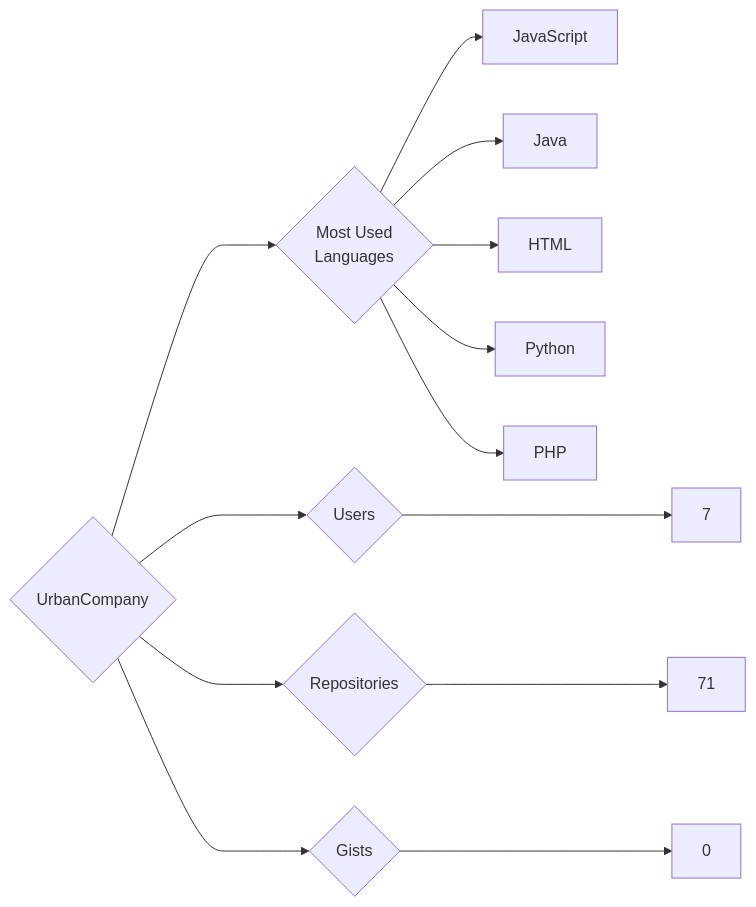
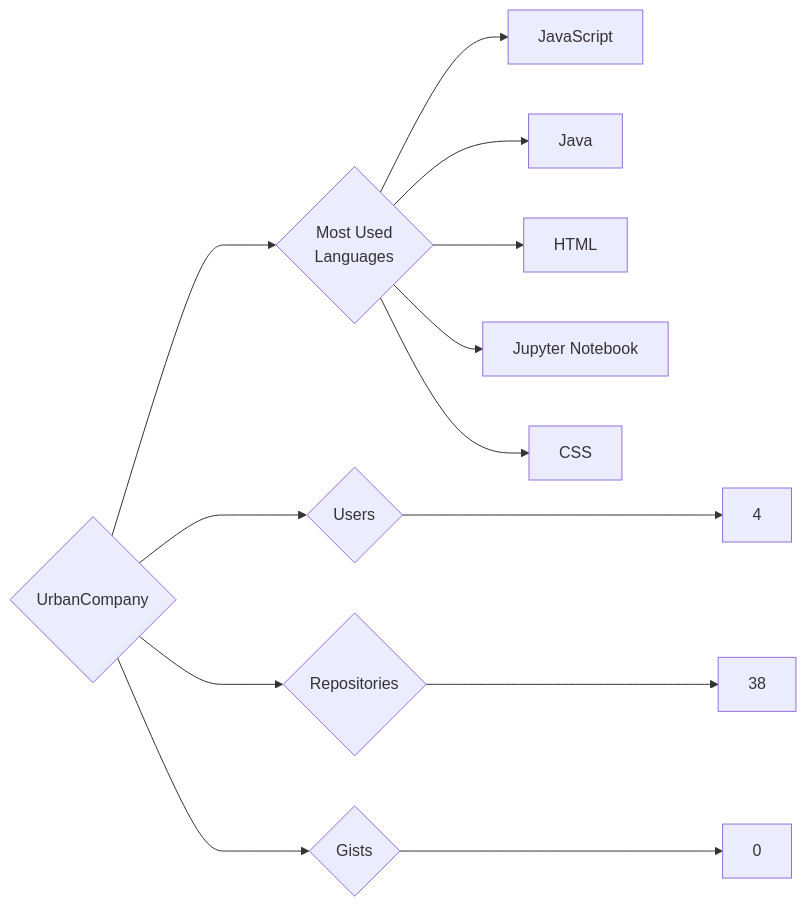
The diagram in targets/UrbanCompany/README.md (trickest/insiders), drawn with Mermaid before and after one commit. The commit also changed 920 other files, not shown here.

````diff
--- a/targets/UrbanCompany/README.md
+++ b/targets/UrbanCompany/README.md
@@ -3,13 +3,13 @@
 ```mermaid
 graph LR
 COMPANY_NAME{UrbanCompany}
-COMPANY_NAME ---> U{Users} ---> UN[7]
-COMPANY_NAME ---> R{Repositories} ---> RN[71]
+COMPANY_NAME ---> U{Users} ---> UN[4]
+COMPANY_NAME ---> R{Repositories} ---> RN[38]
 COMPANY_NAME ---> G{Gists} ---> GN[0]
 COMPANY_NAME ---> ML{Most Used<br>Languages}
 ML --> JavaScript[JavaScript]
 ML --> Java[Java]
 ML --> HTML[HTML]
-ML --> Python[Python]
-ML --> PHP[PHP]
+ML --> Jupyter_Notebook[Jupyter Notebook]
+ML --> CSS[CSS]
 ```
````
